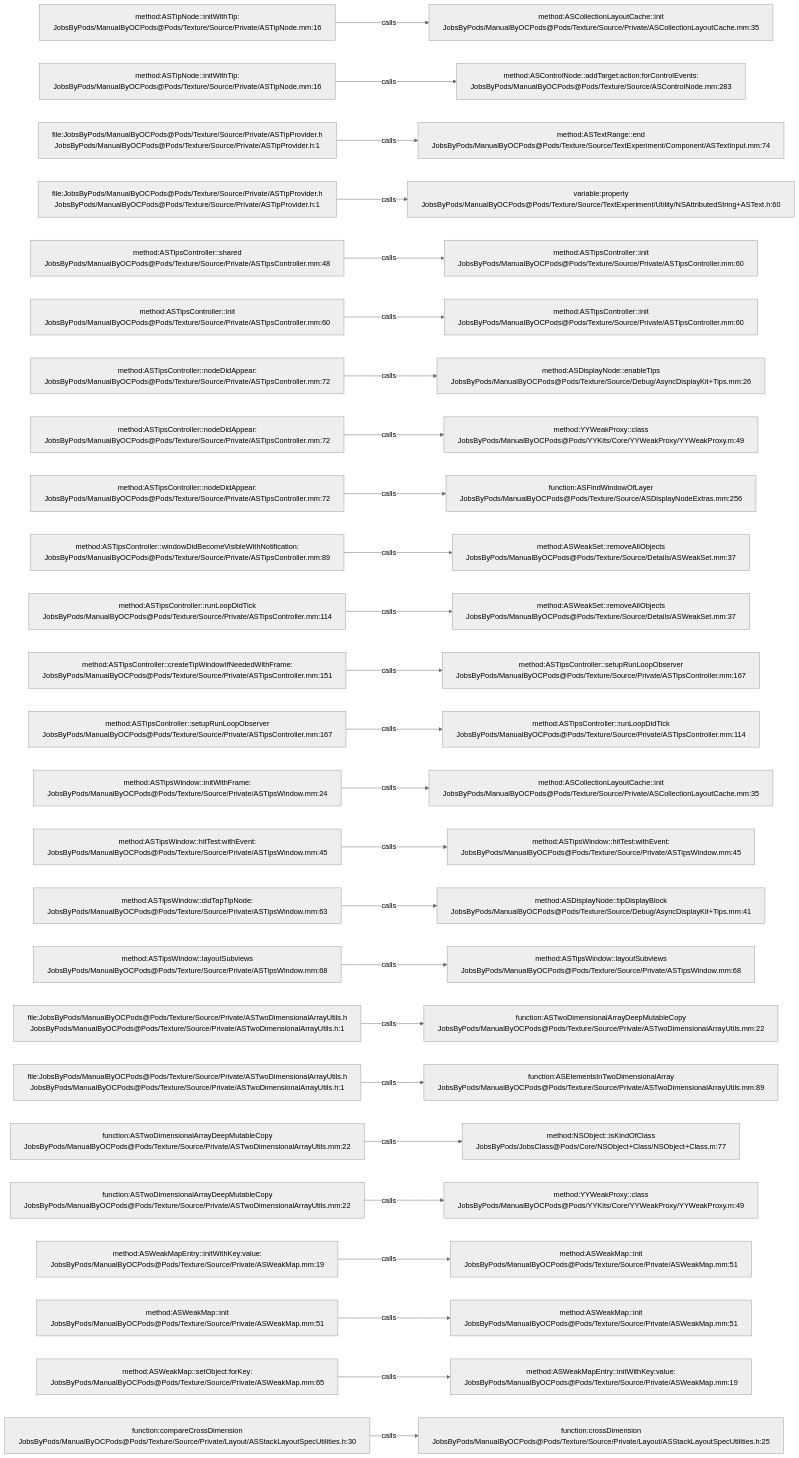
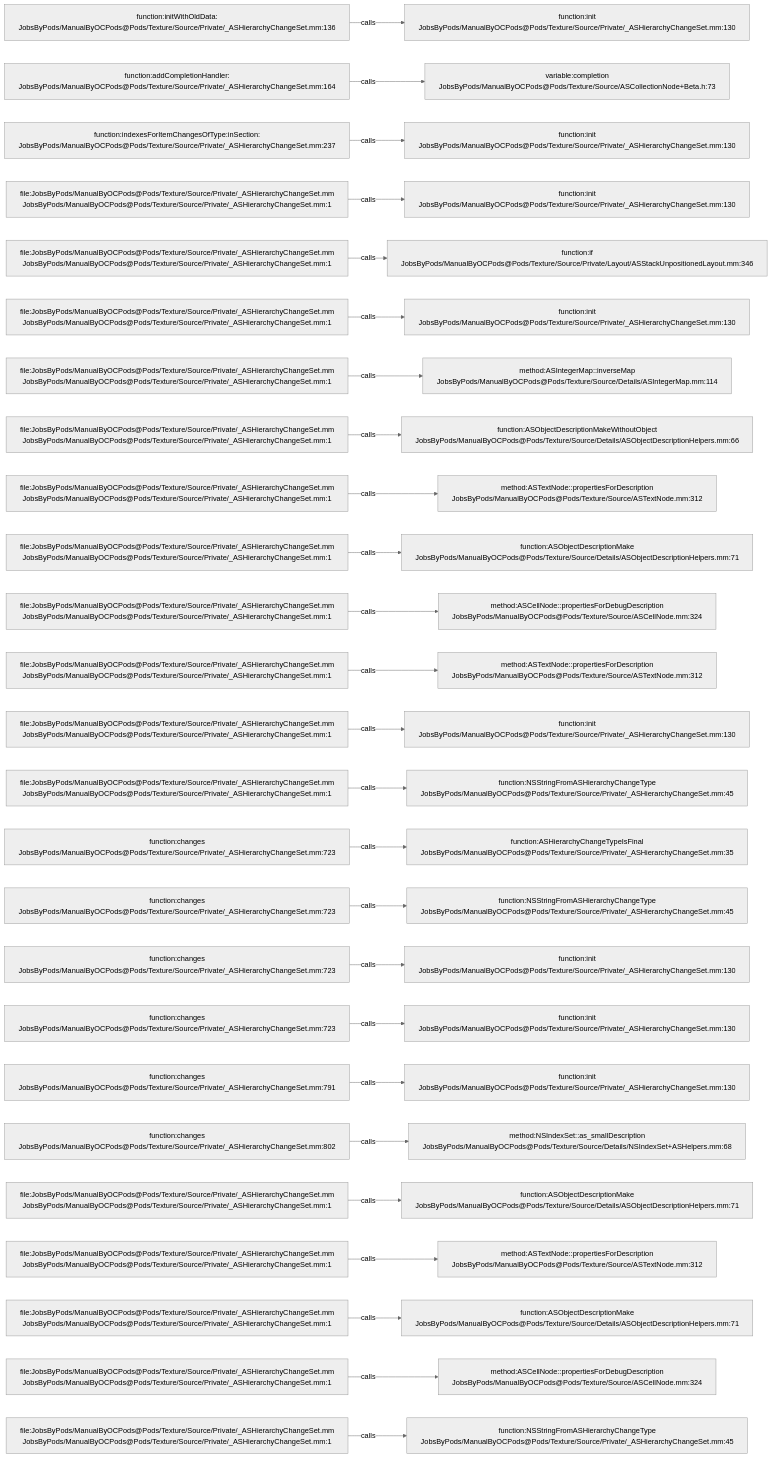
One commit to JobsKits/JobsOCBaseConfigDemo changed the diagram in .codegraph/codegraph.md/graphs/calls-200.md. Above: the diagram before and after it, drawn with Mermaid (neutral theme). The commit also changed 1223 other files, not shown here.

````diff
--- a/.codegraph/codegraph.md/graphs/calls-200.md
+++ b/.codegraph/codegraph.md/graphs/calls-200.md
@@ -13,78 +13,78 @@
 ```mermaid
 flowchart LR
-  S1["method:ASTipNode::initWithTip:<br/>JobsByPods/ManualByOCPods@Pods/Texture/Source/Private/ASTipNode.mm:16"]
-  T1["method:ASCollectionLayoutCache::init<br/>JobsByPods/ManualByOCPods@Pods/Texture/Source/Private/ASCollectionLayoutCache.mm:35"]
+  S1["function:initWithOldData:<br/>JobsByPods/ManualByOCPods@Pods/Texture/Source/Private/_ASHierarchyChangeSet.mm:136"]
+  T1["function:init<br/>JobsByPods/ManualByOCPods@Pods/Texture/Source/Private/_ASHierarchyChangeSet.mm:130"]
   S1 -->|calls| T1
-  S2["method:ASTipNode::initWithTip:<br/>JobsByPods/ManualByOCPods@Pods/Texture/Source/Private/ASTipNode.mm:16"]
-  T2["method:ASControlNode::addTarget:action:forControlEvents:<br/>JobsByPods/ManualByOCPods@Pods/Texture/Source/ASControlNode.mm:283"]
+  S2["function:addCompletionHandler:<br/>JobsByPods/ManualByOCPods@Pods/Texture/Source/Private/_ASHierarchyChangeSet.mm:164"]
+  T2["variable:completion<br/>JobsByPods/ManualByOCPods@Pods/Texture/Source/ASCollectionNode+Beta.h:73"]
   S2 -->|calls| T2
-  S3["file:JobsByPods/ManualByOCPods@Pods/Texture/Source/Private/ASTipProvider.h<br/>JobsByPods/ManualByOCPods@Pods/Texture/Source/Private/ASTipProvider.h:1"]
-  T3["method:ASTextRange::end<br/>JobsByPods/ManualByOCPods@Pods/Texture/Source/TextExperiment/Component/ASTextInput.mm:74"]
+  S3["function:indexesForItemChangesOfType:inSection:<br/>JobsByPods/ManualByOCPods@Pods/Texture/Source/Private/_ASHierarchyChangeSet.mm:237"]
+  T3["function:init<br/>JobsByPods/ManualByOCPods@Pods/Texture/Source/Private/_ASHierarchyChangeSet.mm:130"]
   S3 -->|calls| T3
-  S4["file:JobsByPods/ManualByOCPods@Pods/Texture/Source/Private/ASTipProvider.h<br/>JobsByPods/ManualByOCPods@Pods/Texture/Source/Private/ASTipProvider.h:1"]
-  T4["variable:property<br/>JobsByPods/ManualByOCPods@Pods/Texture/Source/TextExperiment/Utility/NSAttributedString+ASText.h:60"]
+  S4["file:JobsByPods/ManualByOCPods@Pods/Texture/Source/Private/_ASHierarchyChangeSet.mm<br/>JobsByPods/ManualByOCPods@Pods/Texture/Source/Private/_ASHierarchyChangeSet.mm:1"]
+  T4["function:init<br/>JobsByPods/ManualByOCPods@Pods/Texture/Source/Private/_ASHierarchyChangeSet.mm:130"]
   S4 -->|calls| T4
-  S5["method:ASTipsController::shared<br/>JobsByPods/ManualByOCPods@Pods/Texture/Source/Private/ASTipsController.mm:48"]
-  T5["method:ASTipsController::init<br/>JobsByPods/ManualByOCPods@Pods/Texture/Source/Private/ASTipsController.mm:60"]
+  S5["file:JobsByPods/ManualByOCPods@Pods/Texture/Source/Private/_ASHierarchyChangeSet.mm<br/>JobsByPods/ManualByOCPods@Pods/Texture/Source/Private/_ASHierarchyChangeSet.mm:1"]
+  T5["function:if<br/>JobsByPods/ManualByOCPods@Pods/Texture/Source/Private/Layout/ASStackUnpositionedLayout.mm:346"]
   S5 -->|calls| T5
-  S6["method:ASTipsController::init<br/>JobsByPods/ManualByOCPods@Pods/Texture/Source/Private/ASTipsController.mm:60"]
-  T6["method:ASTipsController::init<br/>JobsByPods/ManualByOCPods@Pods/Texture/Source/Private/ASTipsController.mm:60"]
+  S6["file:JobsByPods/ManualByOCPods@Pods/Texture/Source/Private/_ASHierarchyChangeSet.mm<br/>JobsByPods/ManualByOCPods@Pods/Texture/Source/Private/_ASHierarchyChangeSet.mm:1"]
+  T6["function:init<br/>JobsByPods/ManualByOCPods@Pods/Texture/Source/Private/_ASHierarchyChangeSet.mm:130"]
   S6 -->|calls| T6
-  S7["method:ASTipsController::nodeDidAppear:<br/>JobsByPods/ManualByOCPods@Pods/Texture/Source/Private/ASTipsController.mm:72"]
-  T7["method:ASDisplayNode::enableTips<br/>JobsByPods/ManualByOCPods@Pods/Texture/Source/Debug/AsyncDisplayKit+Tips.mm:26"]
+  S7["file:JobsByPods/ManualByOCPods@Pods/Texture/Source/Private/_ASHierarchyChangeSet.mm<br/>JobsByPods/ManualByOCPods@Pods/Texture/Source/Private/_ASHierarchyChangeSet.mm:1"]
+  T7["method:ASIntegerMap::inverseMap<br/>JobsByPods/ManualByOCPods@Pods/Texture/Source/Details/ASIntegerMap.mm:114"]
   S7 -->|calls| T7
-  S8["method:ASTipsController::nodeDidAppear:<br/>JobsByPods/ManualByOCPods@Pods/Texture/Source/Private/ASTipsController.mm:72"]
-  T8["method:YYWeakProxy::class<br/>JobsByPods/ManualByOCPods@Pods/YYKits/Core/YYWeakProxy/YYWeakProxy.m:49"]
+  S8["file:JobsByPods/ManualByOCPods@Pods/Texture/Source/Private/_ASHierarchyChangeSet.mm<br/>JobsByPods/ManualByOCPods@Pods/Texture/Source/Private/_ASHierarchyChangeSet.mm:1"]
+  T8["function:ASObjectDescriptionMakeWithoutObject<br/>JobsByPods/ManualByOCPods@Pods/Texture/Source/Details/ASObjectDescriptionHelpers.mm:66"]
   S8 -->|calls| T8
-  S9["method:ASTipsController::nodeDidAppear:<br/>JobsByPods/ManualByOCPods@Pods/Texture/Source/Private/ASTipsController.mm:72"]
-  T9["function:ASFindWindowOfLayer<br/>JobsByPods/ManualByOCPods@Pods/Texture/Source/ASDisplayNodeExtras.mm:256"]
+  S9["file:JobsByPods/ManualByOCPods@Pods/Texture/Source/Private/_ASHierarchyChangeSet.mm<br/>JobsByPods/ManualByOCPods@Pods/Texture/Source/Private/_ASHierarchyChangeSet.mm:1"]
+  T9["method:ASTextNode::propertiesForDescription<br/>JobsByPods/ManualByOCPods@Pods/Texture/Source/ASTextNode.mm:312"]
   S9 -->|calls| T9
-  S10["method:ASTipsController::windowDidBecomeVisibleWithNotification:<br/>JobsByPods/ManualByOCPods@Pods/Texture/Source/Private/ASTipsController.mm:89"]
-  T10["method:ASWeakSet::removeAllObjects<br/>JobsByPods/ManualByOCPods@Pods/Texture/Source/Details/ASWeakSet.mm:37"]
+  S10["file:JobsByPods/ManualByOCPods@Pods/Texture/Source/Private/_ASHierarchyChangeSet.mm<br/>JobsByPods/ManualByOCPods@Pods/Texture/Source/Private/_ASHierarchyChangeSet.mm:1"]
+  T10["function:ASObjectDescriptionMake<br/>JobsByPods/ManualByOCPods@Pods/Texture/Source/Details/ASObjectDescriptionHelpers.mm:71"]
   S10 -->|calls| T10
-  S11["method:ASTipsController::runLoopDidTick<br/>JobsByPods/ManualByOCPods@Pods/Texture/Source/Private/ASTipsController.mm:114"]
-  T11["method:ASWeakSet::removeAllObjects<br/>JobsByPods/ManualByOCPods@Pods/Texture/Source/Details/ASWeakSet.mm:37"]
+  S11["file:JobsByPods/ManualByOCPods@Pods/Texture/Source/Private/_ASHierarchyChangeSet.mm<br/>JobsByPods/ManualByOCPods@Pods/Texture/Source/Private/_ASHierarchyChangeSet.mm:1"]
+  T11["method:ASCellNode::propertiesForDebugDescription<br/>JobsByPods/ManualByOCPods@Pods/Texture/Source/ASCellNode.mm:324"]
   S11 -->|calls| T11
-  S12["method:ASTipsController::createTipWindowIfNeededWithFrame:<br/>JobsByPods/ManualByOCPods@Pods/Texture/Source/Private/ASTipsController.mm:151"]
-  T12["method:ASTipsController::setupRunLoopObserver<br/>JobsByPods/ManualByOCPods@Pods/Texture/Source/Private/ASTipsController.mm:167"]
+  S12["file:JobsByPods/ManualByOCPods@Pods/Texture/Source/Private/_ASHierarchyChangeSet.mm<br/>JobsByPods/ManualByOCPods@Pods/Texture/Source/Private/_ASHierarchyChangeSet.mm:1"]
+  T12["method:ASTextNode::propertiesForDescription<br/>JobsByPods/ManualByOCPods@Pods/Texture/Source/ASTextNode.mm:312"]
   S12 -->|calls| T12
-  S13["method:ASTipsController::setupRunLoopObserver<br/>JobsByPods/ManualByOCPods@Pods/Texture/Source/Private/ASTipsController.mm:167"]
-  T13["method:ASTipsController::runLoopDidTick<br/>JobsByPods/ManualByOCPods@Pods/Texture/Source/Private/ASTipsController.mm:114"]
+  S13["file:JobsByPods/ManualByOCPods@Pods/Texture/Source/Private/_ASHierarchyChangeSet.mm<br/>JobsByPods/ManualByOCPods@Pods/Texture/Source/Private/_ASHierarchyChangeSet.mm:1"]
+  T13["function:init<br/>JobsByPods/ManualByOCPods@Pods/Texture/Source/Private/_ASHierarchyChangeSet.mm:130"]
   S13 -->|calls| T13
-  S14["method:ASTipsWindow::initWithFrame:<br/>JobsByPods/ManualByOCPods@Pods/Texture/Source/Private/ASTipsWindow.mm:24"]
-  T14["method:ASCollectionLayoutCache::init<br/>JobsByPods/ManualByOCPods@Pods/Texture/Source/Private/ASCollectionLayoutCache.mm:35"]
+  S14["file:JobsByPods/ManualByOCPods@Pods/Texture/Source/Private/_ASHierarchyChangeSet.mm<br/>JobsByPods/ManualByOCPods@Pods/Texture/Source/Private/_ASHierarchyChangeSet.mm:1"]
+  T14["function:NSStringFromASHierarchyChangeType<br/>JobsByPods/ManualByOCPods@Pods/Texture/Source/Private/_ASHierarchyChangeSet.mm:45"]
   S14 -->|calls| T14
-  S15["method:ASTipsWindow::hitTest:withEvent:<br/>JobsByPods/ManualByOCPods@Pods/Texture/Source/Private/ASTipsWindow.mm:45"]
-  T15["method:ASTipsWindow::hitTest:withEvent:<br/>JobsByPods/ManualByOCPods@Pods/Texture/Source/Private/ASTipsWindow.mm:45"]
+  S15["function:changes<br/>JobsByPods/ManualByOCPods@Pods/Texture/Source/Private/_ASHierarchyChangeSet.mm:723"]
+  T15["function:ASHierarchyChangeTypeIsFinal<br/>JobsByPods/ManualByOCPods@Pods/Texture/Source/Private/_ASHierarchyChangeSet.mm:35"]
   S15 -->|calls| T15
-  S16["method:ASTipsWindow::didTapTipNode:<br/>JobsByPods/ManualByOCPods@Pods/Texture/Source/Private/ASTipsWindow.mm:63"]
-  T16["method:ASDisplayNode::tipDisplayBlock<br/>JobsByPods/ManualByOCPods@Pods/Texture/Source/Debug/AsyncDisplayKit+Tips.mm:41"]
+  S16["function:changes<br/>JobsByPods/ManualByOCPods@Pods/Texture/Source/Private/_ASHierarchyChangeSet.mm:723"]
+  T16["function:NSStringFromASHierarchyChangeType<br/>JobsByPods/ManualByOCPods@Pods/Texture/Source/Private/_ASHierarchyChangeSet.mm:45"]
   S16 -->|calls| T16
-  S17["method:ASTipsWindow::layoutSubviews<br/>JobsByPods/ManualByOCPods@Pods/Texture/Source/Private/ASTipsWindow.mm:68"]
-  T17["method:ASTipsWindow::layoutSubviews<br/>JobsByPods/ManualByOCPods@Pods/Texture/Source/Private/ASTipsWindow.mm:68"]
+  S17["function:changes<br/>JobsByPods/ManualByOCPods@Pods/Texture/Source/Private/_ASHierarchyChangeSet.mm:723"]
+  T17["function:init<br/>JobsByPods/ManualByOCPods@Pods/Texture/Source/Private/_ASHierarchyChangeSet.mm:130"]
   S17 -->|calls| T17
-  S18["file:JobsByPods/ManualByOCPods@Pods/Texture/Source/Private/ASTwoDimensionalArrayUtils.h<br/>JobsByPods/ManualByOCPods@Pods/Texture/Source/Private/ASTwoDimensionalArrayUtils.h:1"]
-  T18["function:ASTwoDimensionalArrayDeepMutableCopy<br/>JobsByPods/ManualByOCPods@Pods/Texture/Source/Private/ASTwoDimensionalArrayUtils.mm:22"]
+  S18["function:changes<br/>JobsByPods/ManualByOCPods@Pods/Texture/Source/Private/_ASHierarchyChangeSet.mm:723"]
+  T18["function:init<br/>JobsByPods/ManualByOCPods@Pods/Texture/Source/Private/_ASHierarchyChangeSet.mm:130"]
   S18 -->|calls| T18
-  S19["file:JobsByPods/ManualByOCPods@Pods/Texture/Source/Private/ASTwoDimensionalArrayUtils.h<br/>JobsByPods/ManualByOCPods@Pods/Texture/Source/Private/ASTwoDimensionalArrayUtils.h:1"]
-  T19["function:ASElementsInTwoDimensionalArray<br/>JobsByPods/ManualByOCPods@Pods/Texture/Source/Private/ASTwoDimensionalArrayUtils.mm:89"]
+  S19["function:changes<br/>JobsByPods/ManualByOCPods@Pods/Texture/Source/Private/_ASHierarchyChangeSet.mm:791"]
+  T19["function:init<br/>JobsByPods/ManualByOCPods@Pods/Texture/Source/Private/_ASHierarchyChangeSet.mm:130"]
   S19 -->|calls| T19
-  S20["function:ASTwoDimensionalArrayDeepMutableCopy<br/>JobsByPods/ManualByOCPods@Pods/Texture/Source/Private/ASTwoDimensionalArrayUtils.mm:22"]
-  T20["method:NSObject::isKindOfClass<br/>JobsByPods/JobsClass@Pods/Core/NSObject+Class/NSObject+Class.m:77"]
+  S20["function:changes<br/>JobsByPods/ManualByOCPods@Pods/Texture/Source/Private/_ASHierarchyChangeSet.mm:802"]
+  T20["method:NSIndexSet::as_smallDescription<br/>JobsByPods/ManualByOCPods@Pods/Texture/Source/Details/NSIndexSet+ASHelpers.mm:68"]
   S20 -->|calls| T20
-  S21["function:ASTwoDimensionalArrayDeepMutableCopy<br/>JobsByPods/ManualByOCPods@Pods/Texture/Source/Private/ASTwoDimensionalArrayUtils.mm:22"]
-  T21["method:YYWeakProxy::class<br/>JobsByPods/ManualByOCPods@Pods/YYKits/Core/YYWeakProxy/YYWeakProxy.m:49"]
+  S21["file:JobsByPods/ManualByOCPods@Pods/Texture/Source/Private/_ASHierarchyChangeSet.mm<br/>JobsByPods/ManualByOCPods@Pods/Texture/Source/Private/_ASHierarchyChangeSet.mm:1"]
+  T21["function:ASObjectDescriptionMake<br/>JobsByPods/ManualByOCPods@Pods/Texture/Source/Details/ASObjectDescriptionHelpers.mm:71"]
   S21 -->|calls| T21
-  S22["method:ASWeakMapEntry::initWithKey:value:<br/>JobsByPods/ManualByOCPods@Pods/Texture/Source/Private/ASWeakMap.mm:19"]
-  T22["method:ASWeakMap::init<br/>JobsByPods/ManualByOCPods@Pods/Texture/Source/Private/ASWeakMap.mm:51"]
+  S22["file:JobsByPods/ManualByOCPods@Pods/Texture/Source/Private/_ASHierarchyChangeSet.mm<br/>JobsByPods/ManualByOCPods@Pods/Texture/Source/Private/_ASHierarchyChangeSet.mm:1"]
+  T22["method:ASTextNode::propertiesForDescription<br/>JobsByPods/ManualByOCPods@Pods/Texture/Source/ASTextNode.mm:312"]
   S22 -->|calls| T22
-  S23["method:ASWeakMap::init<br/>JobsByPods/ManualByOCPods@Pods/Texture/Source/Private/ASWeakMap.mm:51"]
-  T23["method:ASWeakMap::init<br/>JobsByPods/ManualByOCPods@Pods/Texture/Source/Private/ASWeakMap.mm:51"]
+  S23["file:JobsByPods/ManualByOCPods@Pods/Texture/Source/Private/_ASHierarchyChangeSet.mm<br/>JobsByPods/ManualByOCPods@Pods/Texture/Source/Private/_ASHierarchyChangeSet.mm:1"]
+  T23["function:ASObjectDescriptionMake<br/>JobsByPods/ManualByOCPods@Pods/Texture/Source/Details/ASObjectDescriptionHelpers.mm:71"]
   S23 -->|calls| T23
-  S24["method:ASWeakMap::setObject:forKey:<br/>JobsByPods/ManualByOCPods@Pods/Texture/Source/Private/ASWeakMap.mm:65"]
-  T24["method:ASWeakMapEntry::initWithKey:value:<br/>JobsByPods/ManualByOCPods@Pods/Texture/Source/Private/ASWeakMap.mm:19"]
+  S24["file:JobsByPods/ManualByOCPods@Pods/Texture/Source/Private/_ASHierarchyChangeSet.mm<br/>JobsByPods/ManualByOCPods@Pods/Texture/Source/Private/_ASHierarchyChangeSet.mm:1"]
+  T24["method:ASCellNode::propertiesForDebugDescription<br/>JobsByPods/ManualByOCPods@Pods/Texture/Source/ASCellNode.mm:324"]
   S24 -->|calls| T24
-  S25["function:compareCrossDimension<br/>JobsByPods/ManualByOCPods@Pods/Texture/Source/Private/Layout/ASStackLayoutSpecUtilities.h:30"]
-  T25["function:crossDimension<br/>JobsByPods/ManualByOCPods@Pods/Texture/Source/Private/Layout/ASStackLayoutSpecUtilities.h:25"]
+  S25["file:JobsByPods/ManualByOCPods@Pods/Texture/Source/Private/_ASHierarchyChangeSet.mm<br/>JobsByPods/ManualByOCPods@Pods/Texture/Source/Private/_ASHierarchyChangeSet.mm:1"]
+  T25["function:NSStringFromASHierarchyChangeType<br/>JobsByPods/ManualByOCPods@Pods/Texture/Source/Private/_ASHierarchyChangeSet.mm:45"]
   S25 -->|calls| T25
 ```
````
